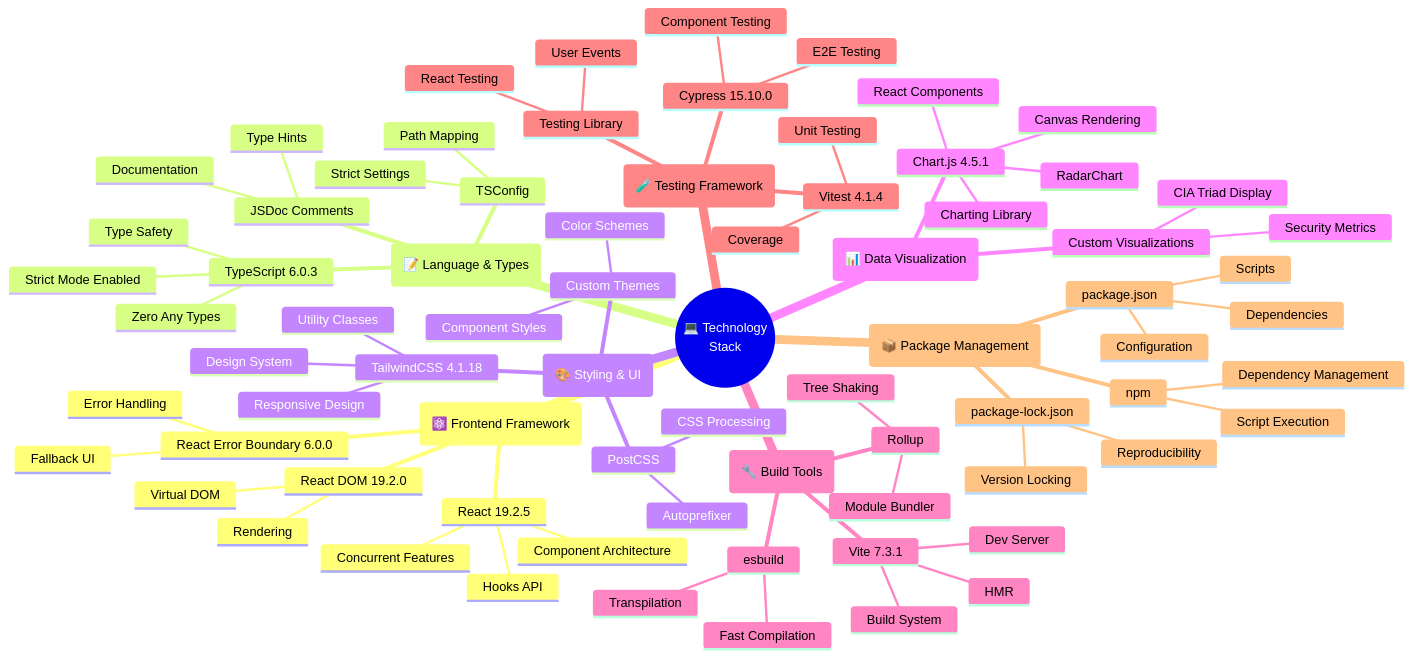
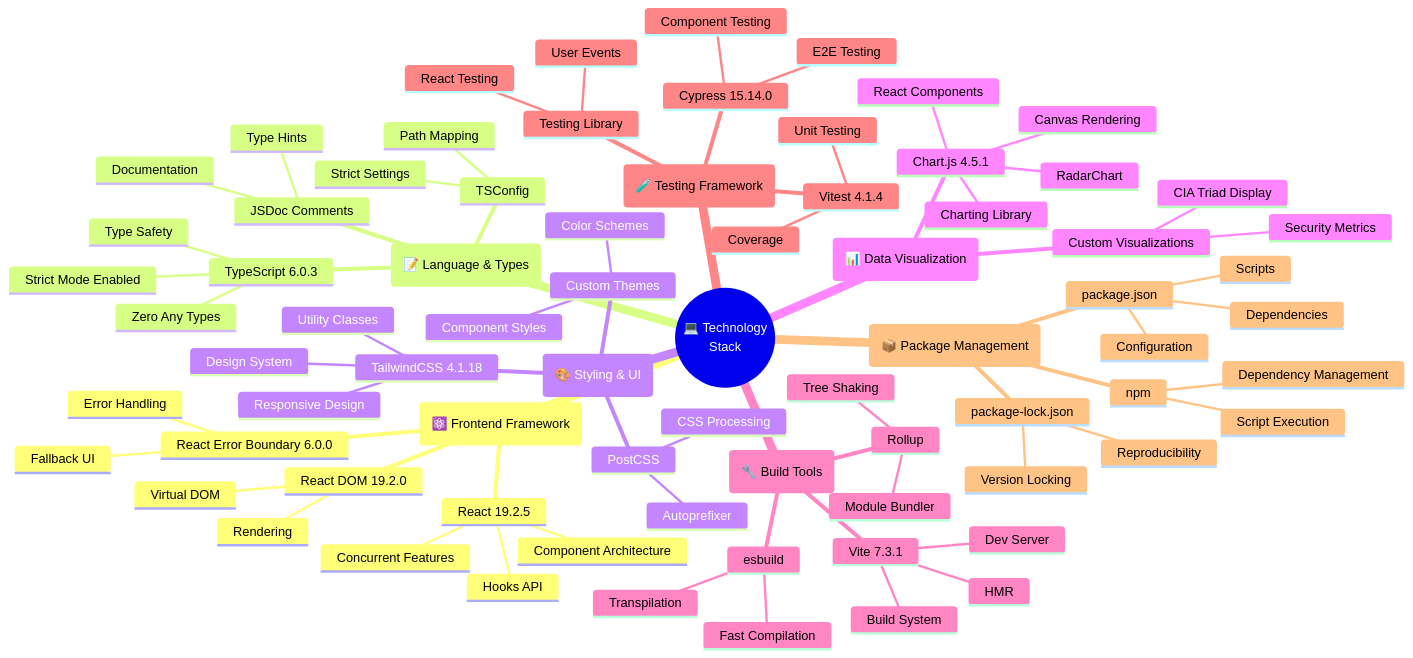
Before and after one commit to Hack23/cia-compliance-manager: the eighth of 13 diagrams in docs/architecture/MINDMAP.md, drawn with Mermaid. The commit also changed other lines of this file and 6 other files, not shown here.

````diff
--- a/docs/architecture/MINDMAP.md
+++ b/docs/architecture/MINDMAP.md
@@ -697,78 +697,78 @@
 ```mermaid
 mindmap
   root((💻 Technology<br/>Stack))
     (⚛️ Frontend Framework)
       React 19.2.5
         Component Architecture
         Hooks API
         Concurrent Features
       React DOM 19.2.0
         Virtual DOM
         Rendering
       React Error Boundary 6.0.0
         Error Handling
         Fallback UI
     (📝 Language & Types)
       TypeScript 6.0.3
         Strict Mode Enabled
         Zero Any Types
         Type Safety
       JSDoc Comments
         Documentation
         Type Hints
       TSConfig
         Strict Settings
         Path Mapping
     (🎨 Styling & UI)
       TailwindCSS 4.1.18
         Utility Classes
         Design System
         Responsive Design
       PostCSS
         CSS Processing
         Autoprefixer
       Custom Themes
         Color Schemes
         Component Styles
     (📊 Data Visualization)
       Chart.js 4.5.1
         Charting Library
         Canvas Rendering
         React Components
         RadarChart
       Custom Visualizations
         CIA Triad Display
         Security Metrics
     (🔧 Build Tools)
       Vite 7.3.1
         Dev Server
         Build System
         HMR
       Rollup
         Module Bundler
         Tree Shaking
       esbuild
         Fast Compilation
         Transpilation
     (🧪 Testing Framework)
       Vitest 4.1.4
         Unit Testing
         Coverage
-      Cypress 15.10.0
+      Cypress 15.14.0
         E2E Testing
         Component Testing
       Testing Library
         React Testing
         User Events
     (📦 Package Management)
       npm
         Dependency Management
         Script Execution
       package.json
         Dependencies
         Scripts
         Configuration
       package-lock.json
         Version Locking
         Reproducibility
 ```
````
